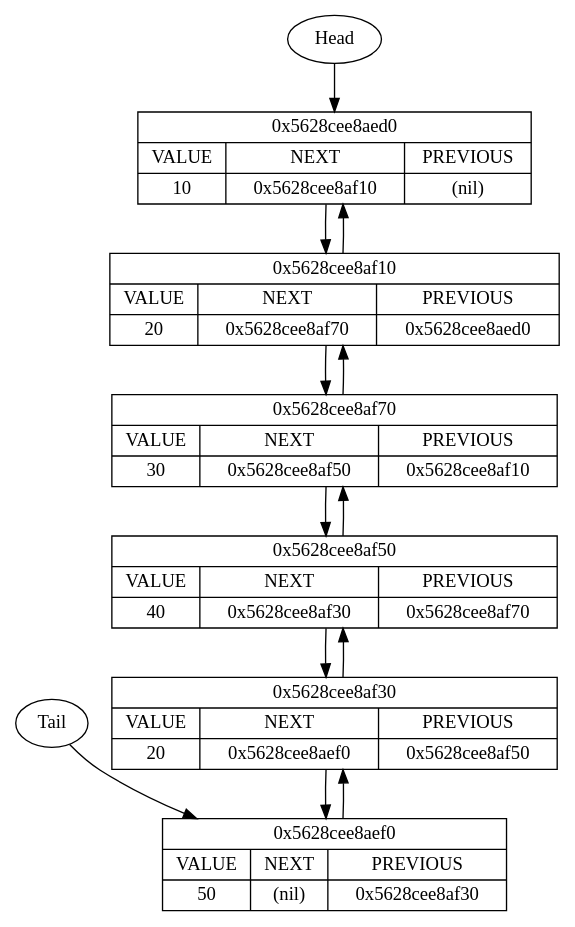
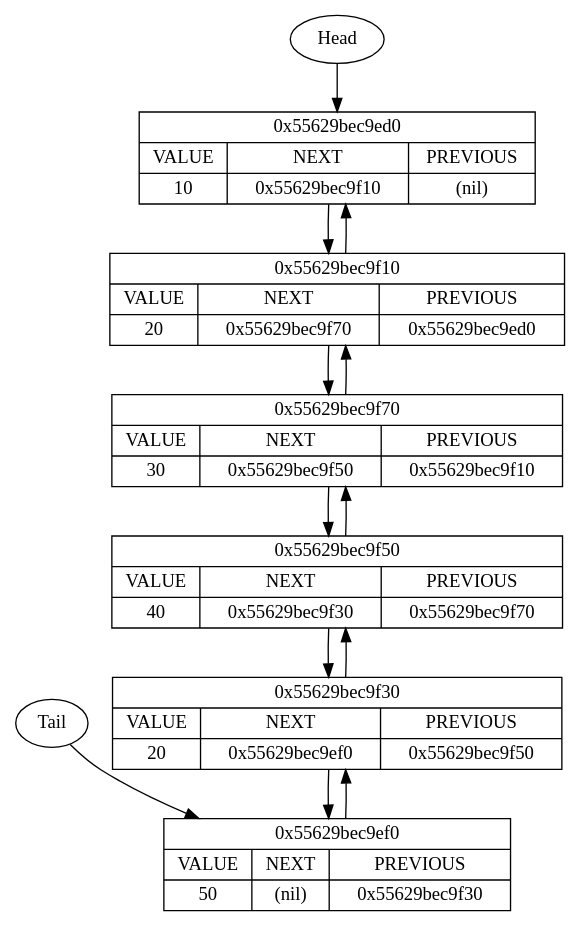
One commit to AlgebraicWolf/FPMI_1sem_programming_homework changed the diagram in DoublyLinkedListedClassic/cmake-build-debug/dump.dot. Above: the diagram before and after it, drawn with Graphviz. The commit also changed 10 other files, not shown here.

```diff
--- a/DoublyLinkedListedClassic/cmake-build-debug/dump.dot
+++ b/DoublyLinkedListedClassic/cmake-build-debug/dump.dot
@@ -1,20 +1,20 @@
 digraph {
-node0x5628cee8aed0[label="{{0x5628cee8aed0}|{{VALUE|10}|{NEXT|0x5628cee8af10}|{PREVIOUS|(nil)}}}",shape=record];
-node0x5628cee8af10[label="{{0x5628cee8af10}|{{VALUE|20}|{NEXT|0x5628cee8af70}|{PREVIOUS|0x5628cee8aed0}}}",shape=record];
-node0x5628cee8aed0 -> node0x5628cee8af10;
-node0x5628cee8af10 -> node0x5628cee8aed0;
-node0x5628cee8af70[label="{{0x5628cee8af70}|{{VALUE|30}|{NEXT|0x5628cee8af50}|{PREVIOUS|0x5628cee8af10}}}",shape=record];
-node0x5628cee8af10 -> node0x5628cee8af70;
-node0x5628cee8af70 -> node0x5628cee8af10;
-node0x5628cee8af50[label="{{0x5628cee8af50}|{{VALUE|40}|{NEXT|0x5628cee8af30}|{PREVIOUS|0x5628cee8af70}}}",shape=record];
-node0x5628cee8af70 -> node0x5628cee8af50;
-node0x5628cee8af50 -> node0x5628cee8af70;
-node0x5628cee8af30[label="{{0x5628cee8af30}|{{VALUE|20}|{NEXT|0x5628cee8aef0}|{PREVIOUS|0x5628cee8af50}}}",shape=record];
-node0x5628cee8af50 -> node0x5628cee8af30;
-node0x5628cee8af30 -> node0x5628cee8af50;
-node0x5628cee8aef0[label="{{0x5628cee8aef0}|{{VALUE|50}|{NEXT|(nil)}|{PREVIOUS|0x5628cee8af30}}}",shape=record];
-node0x5628cee8af30 -> node0x5628cee8aef0;
-node0x5628cee8aef0 -> node0x5628cee8af30;
-Head -> node0x5628cee8aed0;
-Tail -> node0x5628cee8aef0;
+node0x55629bec9ed0[label="{{0x55629bec9ed0}|{{VALUE|10}|{NEXT|0x55629bec9f10}|{PREVIOUS|(nil)}}}",shape=record];
+node0x55629bec9f10[label="{{0x55629bec9f10}|{{VALUE|20}|{NEXT|0x55629bec9f70}|{PREVIOUS|0x55629bec9ed0}}}",shape=record];
+node0x55629bec9ed0 -> node0x55629bec9f10;
+node0x55629bec9f10 -> node0x55629bec9ed0;
+node0x55629bec9f70[label="{{0x55629bec9f70}|{{VALUE|30}|{NEXT|0x55629bec9f50}|{PREVIOUS|0x55629bec9f10}}}",shape=record];
+node0x55629bec9f10 -> node0x55629bec9f70;
+node0x55629bec9f70 -> node0x55629bec9f10;
+node0x55629bec9f50[label="{{0x55629bec9f50}|{{VALUE|40}|{NEXT|0x55629bec9f30}|{PREVIOUS|0x55629bec9f70}}}",shape=record];
+node0x55629bec9f70 -> node0x55629bec9f50;
+node0x55629bec9f50 -> node0x55629bec9f70;
+node0x55629bec9f30[label="{{0x55629bec9f30}|{{VALUE|20}|{NEXT|0x55629bec9ef0}|{PREVIOUS|0x55629bec9f50}}}",shape=record];
+node0x55629bec9f50 -> node0x55629bec9f30;
+node0x55629bec9f30 -> node0x55629bec9f50;
+node0x55629bec9ef0[label="{{0x55629bec9ef0}|{{VALUE|50}|{NEXT|(nil)}|{PREVIOUS|0x55629bec9f30}}}",shape=record];
+node0x55629bec9f30 -> node0x55629bec9ef0;
+node0x55629bec9ef0 -> node0x55629bec9f30;
+Head -> node0x55629bec9ed0;
+Tail -> node0x55629bec9ef0;
 }
```
